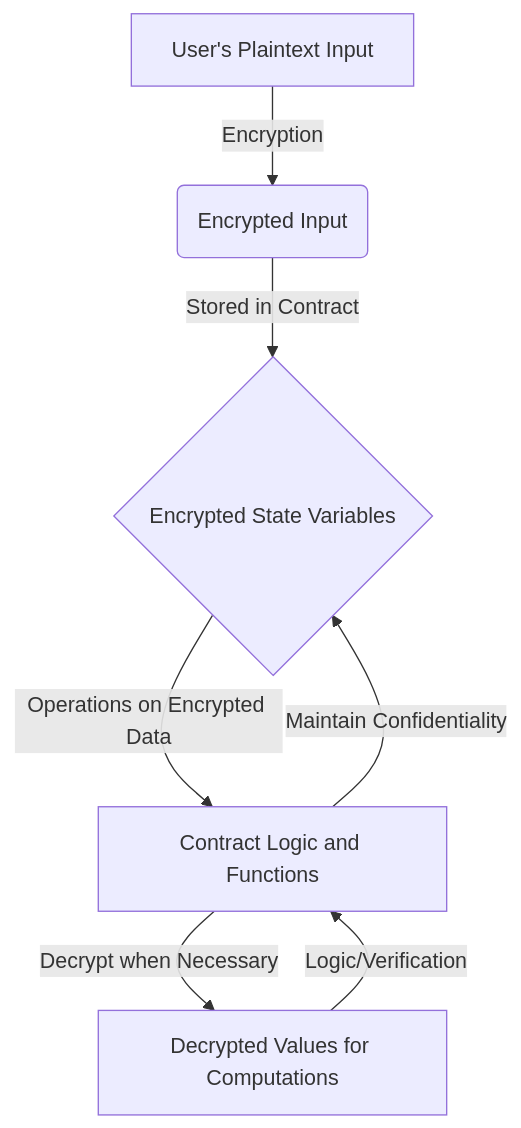
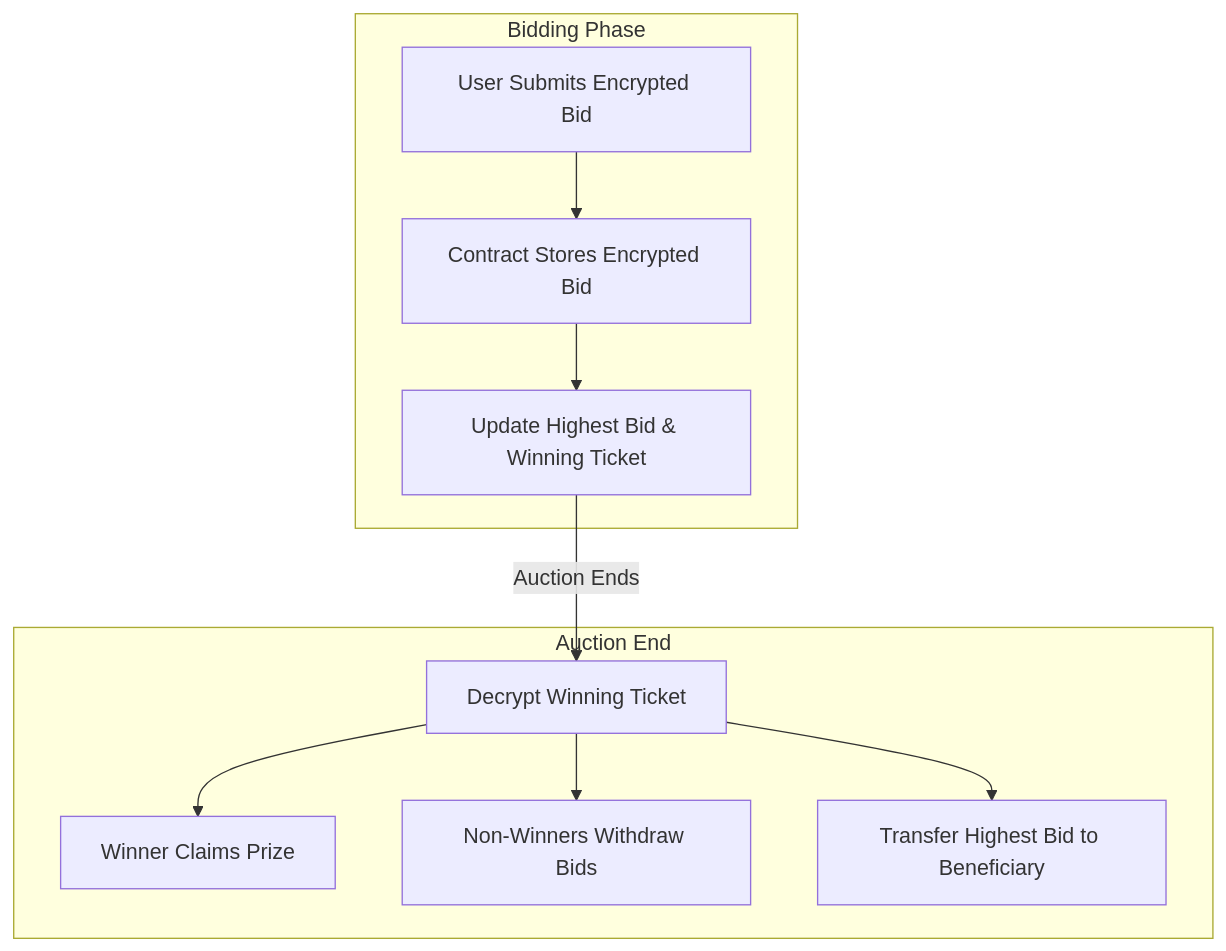
The second of 2 diagrams in examples/README.md (zama-ai/fhevm), drawn with Mermaid before and after one commit. The commit also changed other lines of this file and 13 other files, not shown here.

````diff
--- a/examples/README.md
+++ b/examples/README.md
@@ -5,13 +63,20 @@
 ```mermaid
 graph TD
-    A[User's Plaintext Input] -->|Encryption| B(Encrypted Input)
-    B -->|Stored in Contract| C{Encrypted State Variables}
-
-    %% Using encrypted data in the contract %%
-    C -->|Operations on Encrypted Data| D[Contract Logic and Functions]
-    D -->|Maintain Confidentiality| C
-
-    %% Encryption and Decryption operations %%
-    D -->|Decrypt when Necessary| E[Decrypted Values for Computations]
-    E -->|Logic/Verification| D
+    subgraph Bidding Phase
+        A[User Submits Encrypted Bid]
+        B[Contract Stores Encrypted Bid]
+        C[Update Highest Bid & Winning Ticket]
+    end
+    subgraph Auction End
+        D[Decrypt Winning Ticket]
+        E[Winner Claims Prize]
+        F[Non-Winners Withdraw Bids]
+        G[Transfer Highest Bid to Beneficiary]
+    end
+    A --> B
+    B --> C
+    C --> |Auction Ends| D
+    D --> E
+    D --> F
+    D --> G
 ```
````
